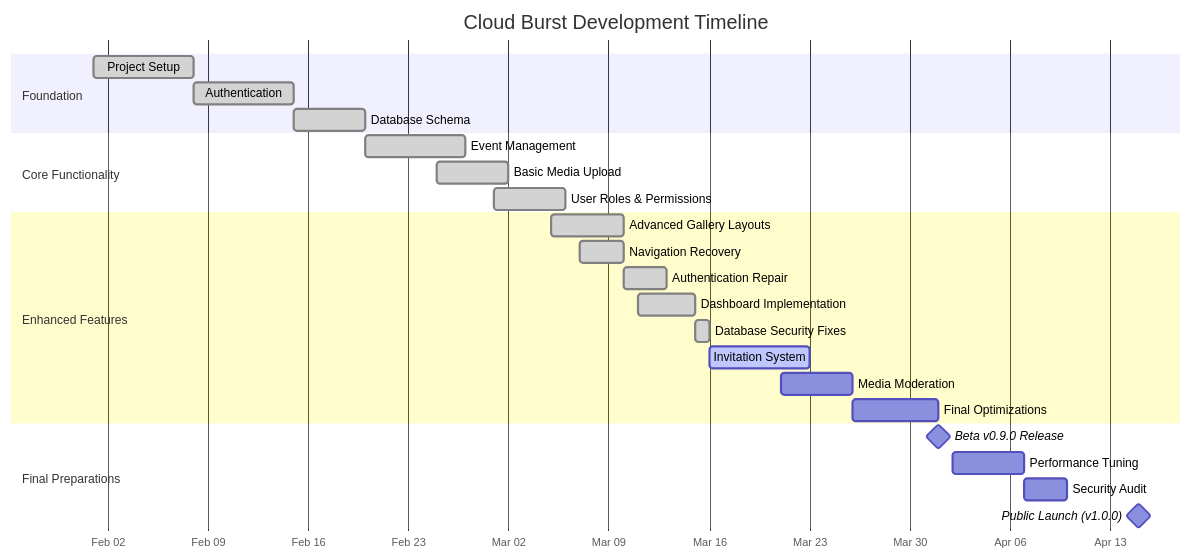
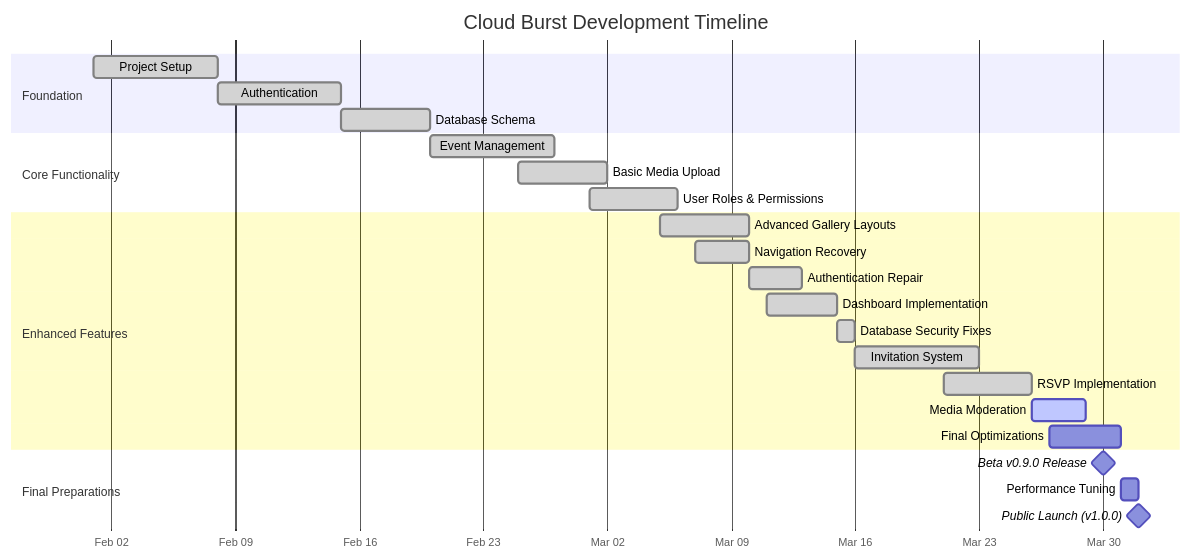
One commit to mrj0nesmtl/cloud-burst changed the third of 3 diagrams in README.md. Above: the diagram before and after it, drawn with Mermaid. The commit also changed other lines of this file and 4 other files, not shown here.

````diff
--- a/README.md
+++ b/README.md
@@ -227,32 +236,32 @@
 ```mermaid
 gantt
     title Cloud Burst Development Timeline
     dateFormat  YYYY-MM-DD
     axisFormat %b %d
     
     section Foundation
     Project Setup           :done, f1, 2025-02-01, 7d
     Authentication          :done, f2, 2025-02-08, 7d
     Database Schema         :done, f3, 2025-02-15, 5d
     
     section Core Functionality
     Event Management        :done, c1, 2025-02-20, 7d
     Basic Media Upload      :done, c2, 2025-02-25, 5d
     User Roles & Permissions:done, c3, 2025-03-01, 5d
     
     section Enhanced Features
     Advanced Gallery Layouts:done, e1, 2025-03-05, 5d
     Navigation Recovery     :done, e2, 2025-03-07, 3d
     Authentication Repair   :done, e3, 2025-03-10, 3d
     Dashboard Implementation:done, e4, 2025-03-11, 4d
     Database Security Fixes :done, e5, 2025-03-15, 1d
-    Invitation System       :active, e6, 2025-03-16, 7d
-    Media Moderation        :e7, 2025-03-21, 5d
-    Final Optimizations     :e8, 2025-03-26, 6d
+    Invitation System       :done, e6, 2025-03-16, 7d
+    RSVP Implementation     :done, e7, 2025-03-21, 5d
+    Media Moderation        :active, e8, 2025-03-26, 3d
+    Final Optimizations     :e9, 2025-03-27, 4d
     
     section Final Preparations
-    Beta v0.9.0 Release     :milestone, b1, 2025-04-01, 0d
-    Performance Tuning      :o1, 2025-04-02, 5d
-    Security Audit          :o2, 2025-04-07, 3d
-    Public Launch (v1.0.0)  :milestone, l3, 2025-04-15, 0d
+    Beta v0.9.0 Release     :milestone, b1, 2025-03-30, 0d
+    Performance Tuning      :o1, 2025-03-31, 1d
+    Public Launch (v1.0.0)  :milestone, l3, 2025-04-01, 0d
 ```
````
